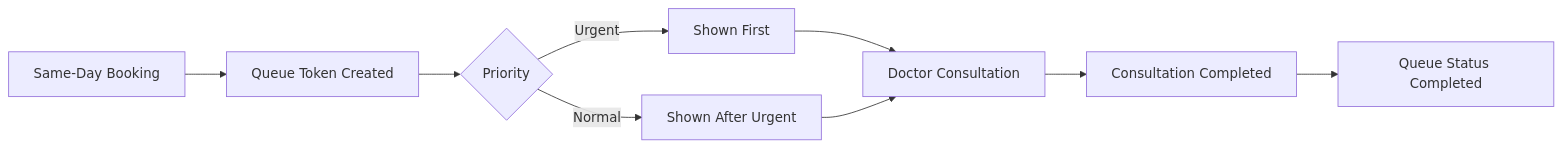
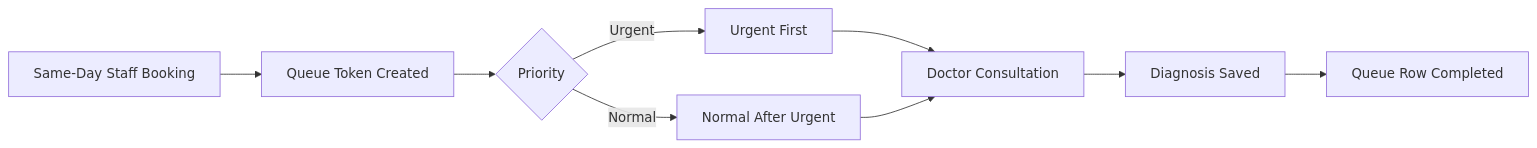
The third of 7 diagrams in SYSTEM_FLOW.md (shaahir27/HealthDesk), drawn with Mermaid before and after one commit. The commit also changed other lines of this file and 19 other files, not shown here.

````diff
--- a/SYSTEM_FLOW.md
+++ b/SYSTEM_FLOW.md
@@ -199,11 +265,11 @@
 ```mermaid
 flowchart LR
-    A[Same-Day Booking] --> B[Queue Token Created]
+    A[Same-Day Staff Booking] --> B[Queue Token Created]
     B --> C{Priority}
-    C -->|Urgent| D[Shown First]
-    C -->|Normal| E[Shown After Urgent]
+    C -->|Urgent| D[Urgent First]
+    C -->|Normal| E[Normal After Urgent]
     D --> F[Doctor Consultation]
     E --> F
-    F --> G[Consultation Completed]
-    G --> H[Queue Status Completed]
+    F --> G[Diagnosis Saved]
+    G --> H[Queue Row Completed]
 ```
````
